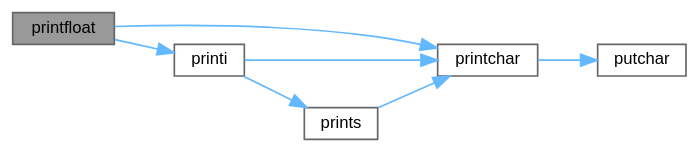
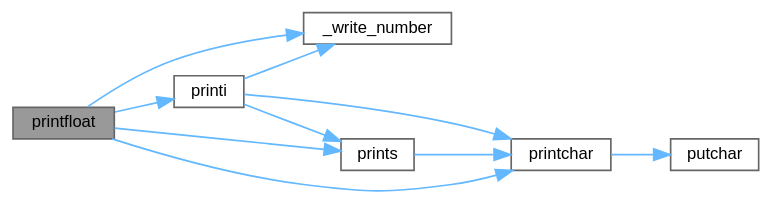
One commit to ebs-universe/piolib-printf changed the diagram in printf_8c_a2c37f08c54b3dc54d13030c62cba67a7_cgraph.dot. Above: the diagram before and after it, drawn with Graphviz. The commit also changed 131 other files, not shown here.

```diff
--- a/printf_8c_a2c37f08c54b3dc54d13030c62cba67a7_cgraph.dot
+++ b/printf_8c_a2c37f08c54b3dc54d13030c62cba67a7_cgraph.dot
@@ -1,20 +1,24 @@
 digraph "printfloat"
 {
  // INTERACTIVE_SVG=YES
  // LATEX_PDF_SIZE
   bgcolor="transparent";
   edge [fontname=Helvetica,fontsize=10,labelfontname=Helvetica,labelfontsize=10];
   node [fontname=Helvetica,fontsize=10,shape=box,height=0.2,width=0.4];
   rankdir="LR";
   Node1 [id="Node000001",label="printfloat",height=0.2,width=0.4,color="gray40", fillcolor="grey60", style="filled", fontcolor="black",tooltip=" "];
   Node1 -> Node2 [id="edge1_Node000001_Node000002",color="steelblue1",style="solid",tooltip=" "];
-  Node2 [id="Node000002",label="printchar",height=0.2,width=0.4,color="grey40", fillcolor="white", style="filled",URL="$printf_8c.html#a467a00da8c720b8dddc7088e2805291c",tooltip=" "];
-  Node2 -> Node3 [id="edge2_Node000002_Node000003",color="steelblue1",style="solid",tooltip=" "];
-  Node3 [id="Node000003",label="putchar",height=0.2,width=0.4,color="grey40", fillcolor="white", style="filled",URL="$printf_8c.html#af4de2514b7778805db3815e8dd6cf09a",tooltip=" "];
-  Node1 -> Node4 [id="edge3_Node000001_Node000004",color="steelblue1",style="solid",tooltip=" "];
-  Node4 [id="Node000004",label="printi",height=0.2,width=0.4,color="grey40", fillcolor="white", style="filled",URL="$printf_8c.html#ad9c642f8af1fe47d03e648b146da3b8d",tooltip=" "];
-  Node4 -> Node2 [id="edge4_Node000004_Node000002",color="steelblue1",style="solid",tooltip=" "];
-  Node4 -> Node5 [id="edge5_Node000004_Node000005",color="steelblue1",style="solid",tooltip=" "];
-  Node5 [id="Node000005",label="prints",height=0.2,width=0.4,color="grey40", fillcolor="white", style="filled",URL="$printf_8c.html#a6ce76a789a6153b7e1b16bc3a6969563",tooltip=" "];
-  Node5 -> Node2 [id="edge6_Node000005_Node000002",color="steelblue1",style="solid",tooltip=" "];
+  Node2 [id="Node000002",label="_write_number",height=0.2,width=0.4,color="grey40", fillcolor="white", style="filled",URL="$printf_8c.html#a81ec43c10454c3c5036f9876f067d219",tooltip=" "];
+  Node1 -> Node3 [id="edge2_Node000001_Node000003",color="steelblue1",style="solid",tooltip=" "];
+  Node3 [id="Node000003",label="printchar",height=0.2,width=0.4,color="grey40", fillcolor="white", style="filled",URL="$printf_8c.html#a467a00da8c720b8dddc7088e2805291c",tooltip=" "];
+  Node3 -> Node4 [id="edge3_Node000003_Node000004",color="steelblue1",style="solid",tooltip=" "];
+  Node4 [id="Node000004",label="putchar",height=0.2,width=0.4,color="grey40", fillcolor="white", style="filled",URL="$printf_8c.html#af4de2514b7778805db3815e8dd6cf09a",tooltip=" "];
+  Node1 -> Node5 [id="edge4_Node000001_Node000005",color="steelblue1",style="solid",tooltip=" "];
+  Node5 [id="Node000005",label="printi",height=0.2,width=0.4,color="grey40", fillcolor="white", style="filled",URL="$printf_8c.html#ad9c642f8af1fe47d03e648b146da3b8d",tooltip=" "];
+  Node5 -> Node2 [id="edge5_Node000005_Node000002",color="steelblue1",style="solid",tooltip=" "];
+  Node5 -> Node3 [id="edge6_Node000005_Node000003",color="steelblue1",style="solid",tooltip=" "];
+  Node5 -> Node6 [id="edge7_Node000005_Node000006",color="steelblue1",style="solid",tooltip=" "];
+  Node6 [id="Node000006",label="prints",height=0.2,width=0.4,color="grey40", fillcolor="white", style="filled",URL="$printf_8c.html#a6ce76a789a6153b7e1b16bc3a6969563",tooltip=" "];
+  Node6 -> Node3 [id="edge8_Node000006_Node000003",color="steelblue1",style="solid",tooltip=" "];
+  Node1 -> Node6 [id="edge9_Node000001_Node000006",color="steelblue1",style="solid",tooltip=" "];
 }
```
